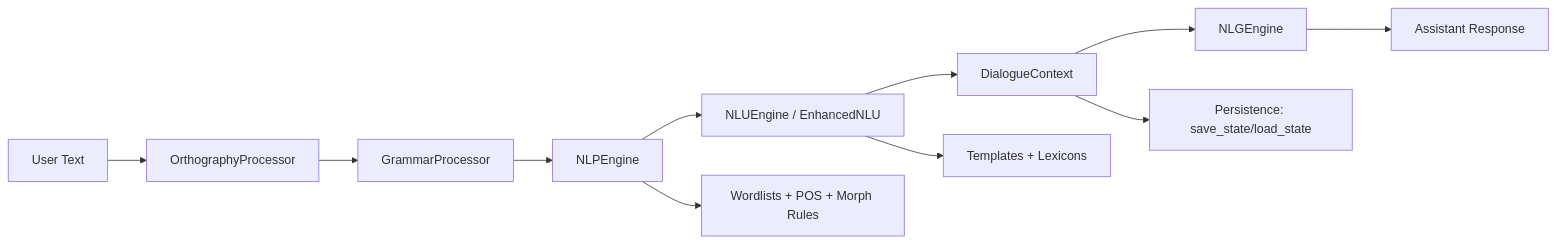
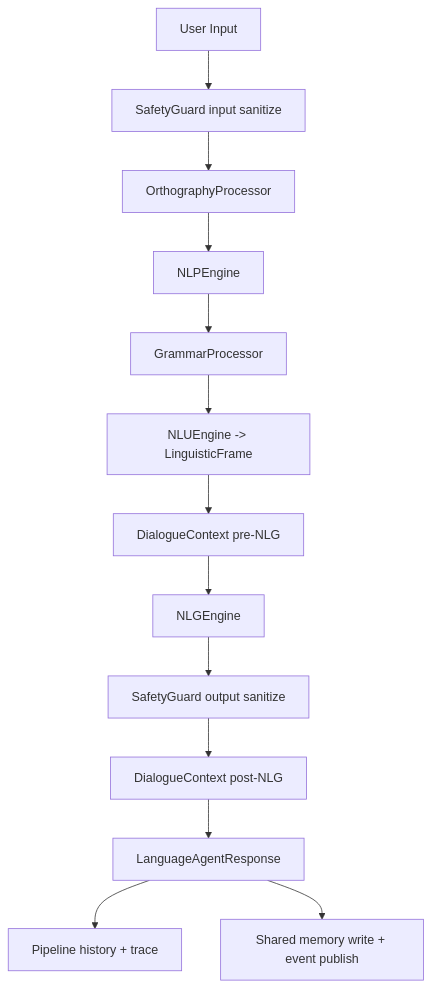
Before and after one commit to The-Outsider-97/SLAI: the first of 2 diagrams in src/agents/language/README.md, drawn with Mermaid. The commit also changed other lines of this file, not shown here.

````diff
--- a/src/agents/language/README.md
+++ b/src/agents/language/README.md
@@ -21,14 +48,15 @@
 ```mermaid
-flowchart LR
-    U[User Text] --> O[OrthographyProcessor]
-    O --> G[GrammarProcessor]
-    G --> N[NLPEngine]
-    N --> U2[NLUEngine / EnhancedNLU]
-    U2 --> C[DialogueContext]
-    C --> NLG[NLGEngine]
-    NLG --> R[Assistant Response]
-
-    C --> P[Persistence: save_state/load_state]
-    U2 --> T[Templates + Lexicons]
-    N --> L[Wordlists + POS + Morph Rules]
+flowchart TD
+    A[User Input] --> B[SafetyGuard input sanitize]
+    B --> C[OrthographyProcessor]
+    C --> D[NLPEngine]
+    D --> E[GrammarProcessor]
+    E --> F[NLUEngine -> LinguisticFrame]
+    F --> G[DialogueContext pre-NLG]
+    G --> H[NLGEngine]
+    H --> I[SafetyGuard output sanitize]
+    I --> J[DialogueContext post-NLG]
+    J --> K[LanguageAgentResponse]
+    K --> L[Pipeline history + trace]
+    K --> M[Shared memory write + event publish]
 ```
````
